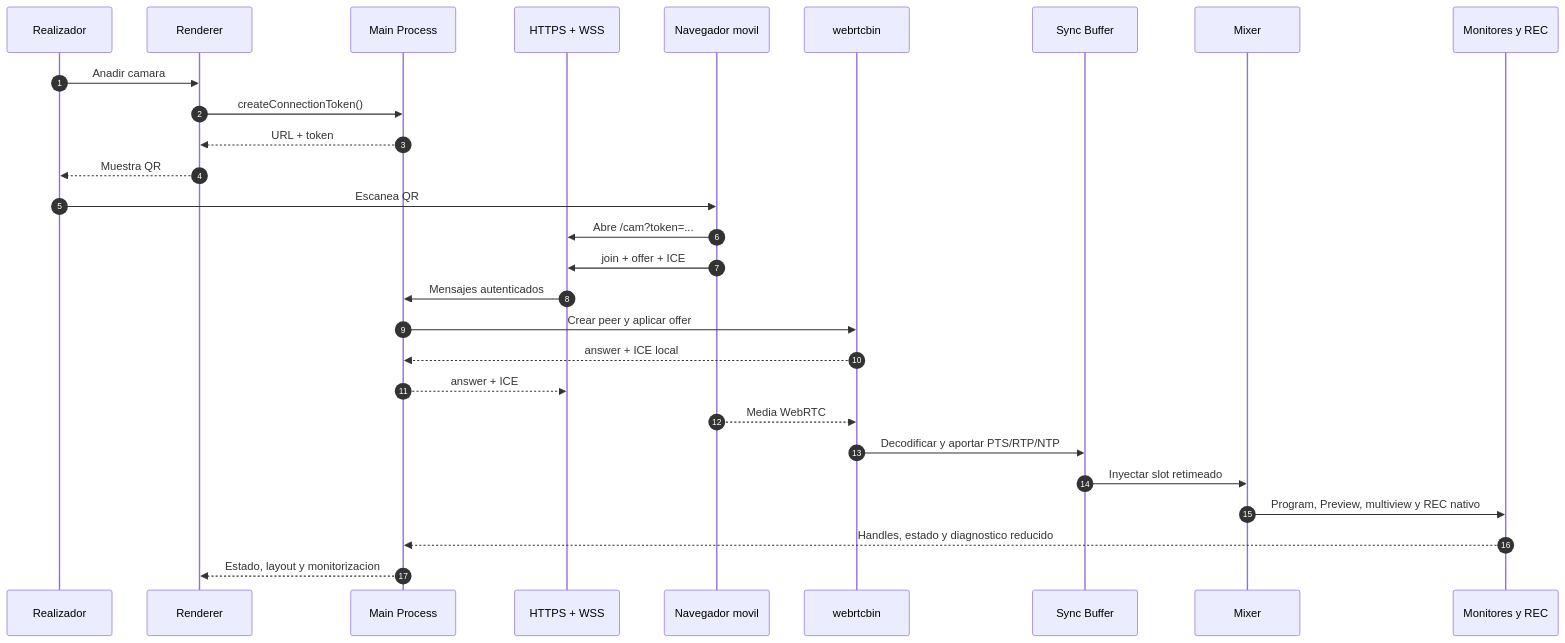
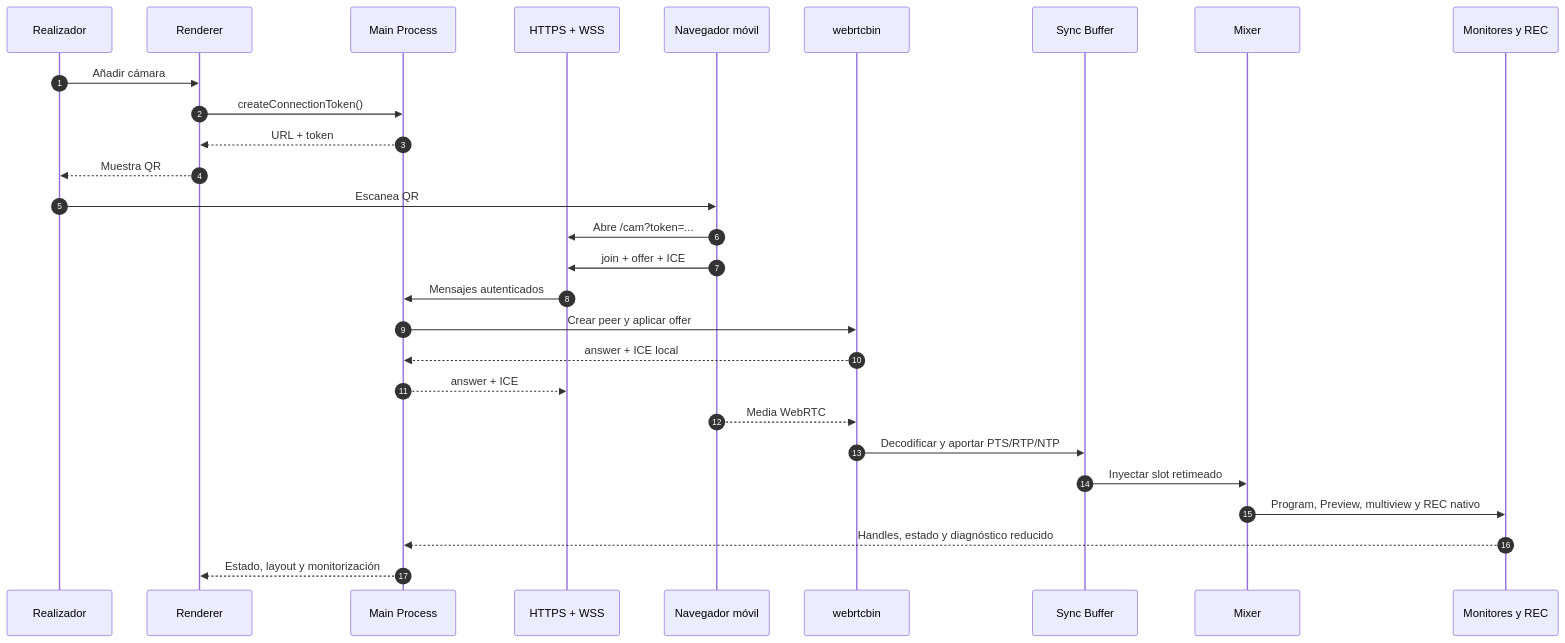
Before and after one commit to davidcolas30/OpenMix-CG: the second of 2 diagrams in Documentacion/Arquitectura/00-vision-general-y-flujo-de-datos.md, drawn with Mermaid. The commit also changed other lines of this file and 17 other files, not shown here.

````diff
--- a/Documentacion/Arquitectura/00-vision-general-y-flujo-de-datos.md
+++ b/Documentacion/Arquitectura/00-vision-general-y-flujo-de-datos.md
@@ -133,31 +133,31 @@
 ```mermaid
 sequenceDiagram
     autonumber
     participant R as Realizador
     participant UI as Renderer
     participant M as Main Process
     participant H as HTTPS + WSS
-    participant MB as Navegador movil
+    participant MB as Navegador móvil
     participant W as webrtcbin
     participant S as Sync Buffer
     participant G as Mixer
     participant O as Monitores y REC
 
-    R->>UI: Anadir camara
+    R->>UI: Añadir cámara
     UI->>M: createConnectionToken()
     M-->>UI: URL + token
     UI-->>R: Muestra QR
     R->>MB: Escanea QR
     MB->>H: Abre /cam?token=...
     MB->>H: join + offer + ICE
     H->>M: Mensajes autenticados
     M->>W: Crear peer y aplicar offer
     W-->>M: answer + ICE local
     M-->>H: answer + ICE
     MB-->>W: Media WebRTC
     W->>S: Decodificar y aportar PTS/RTP/NTP
     S->>G: Inyectar slot retimeado
     G->>O: Program, Preview, multiview y REC nativo
-    O-->>M: Handles, estado y diagnostico reducido
-    M-->>UI: Estado, layout y monitorizacion
+    O-->>M: Handles, estado y diagnóstico reducido
+    M-->>UI: Estado, layout y monitorización
 ```
````
